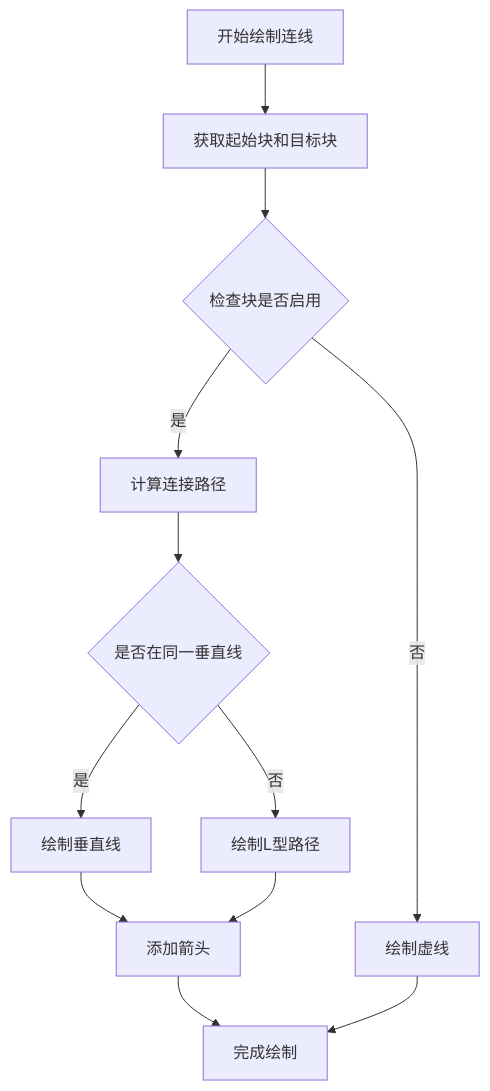
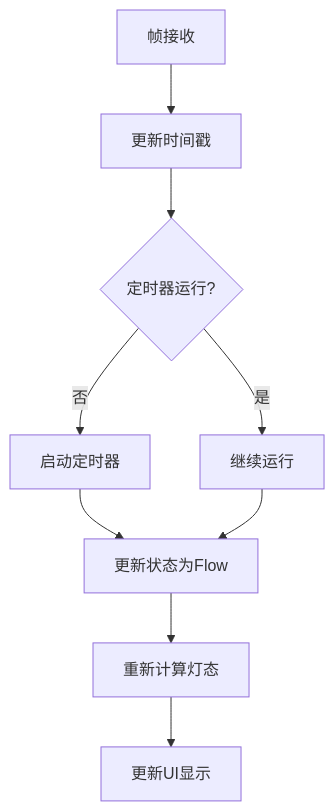
The ninth of 10 diagrams in .qoder/repowiki/zh/content/架构设计/UI系统设计/测量设置视图组件.md (jakecai1225-design/OpenBus), drawn with Mermaid before and after one commit. The commit also changed other lines of this file and 10 other files, not shown here.

````diff
--- a/.qoder/repowiki/zh/content/架构设计/UI系统设计/测量设置视图组件.md
+++ b/.qoder/repowiki/zh/content/架构设计/UI系统设计/测量设置视图组件.md
@@ -515,14 +596,11 @@
 ```mermaid
 flowchart TD
-A[开始绘制连线] --> B[获取起始块和目标块]
-B --> C{检查块是否启用}
-C --> |否| D[绘制虚线]
-C --> |是| E[计算连接路径]
-E --> F{是否在同一垂直线}
-F --> |是| G[绘制垂直线]
-F --> |否| H[绘制L型路径]
-G --> I[添加箭头]
-H --> I
-I --> J[完成绘制]
-D --> J
+A[帧接收] --> B[更新时间戳]
+B --> C{定时器运行?}
+C --> |否| D[启动定时器]
+C --> |是| E[继续运行]
+D --> F[更新状态为Flow]
+E --> F
+F --> G[重新计算灯态]
+G --> H[更新UI显示]
 ```
````
